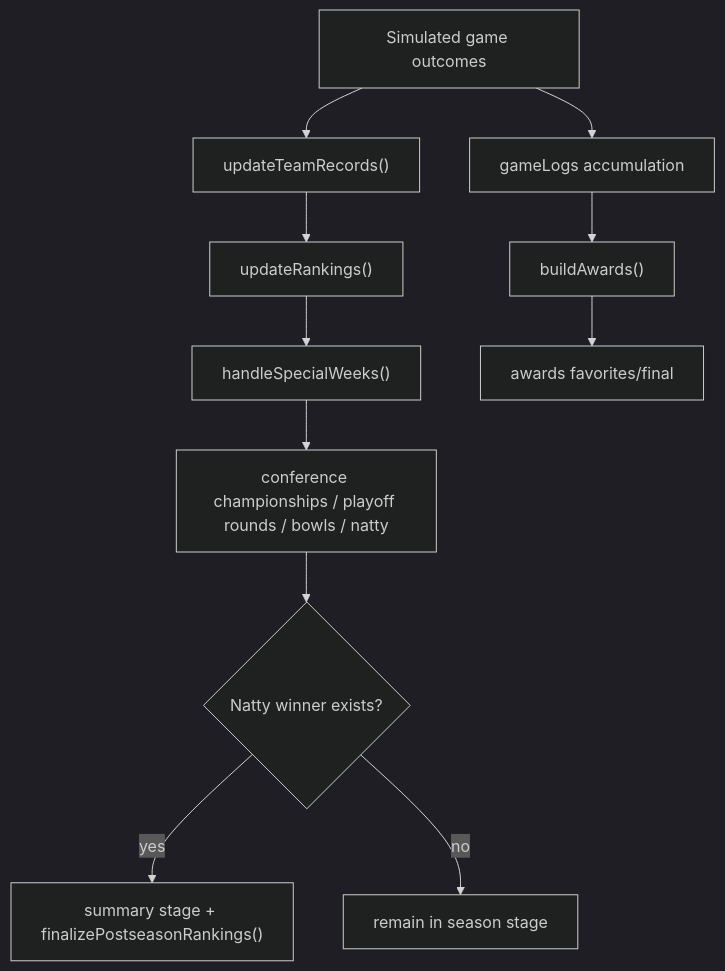
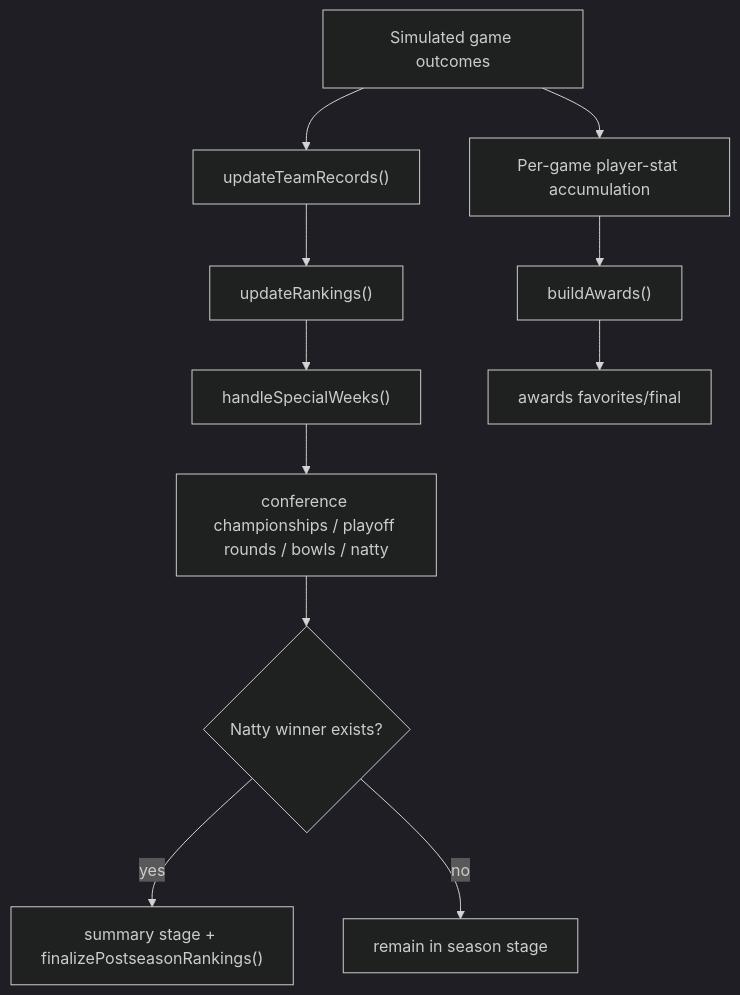
The diagram in docs/systems/rankings-playoff-and-awards.md (rdettling/cfbsim), drawn with Mermaid (dark theme) before and after one commit. The commit also changed other lines of this file and 92 other files, not shown here.

````diff
--- a/docs/systems/rankings-playoff-and-awards.md
+++ b/docs/systems/rankings-playoff-and-awards.md
@@ -39,13 +41,13 @@
 ```mermaid
 flowchart TD
   A["Simulated game outcomes"] --> B["updateTeamRecords()"]
   B --> C["updateRankings()"]
   C --> D["handleSpecialWeeks()"]
   D --> E["conference championships / playoff rounds / bowls / natty"]
   E --> F{"Natty winner exists?"}
   F -- yes --> G["summary stage + finalizePostseasonRankings()"]
   F -- no --> H["remain in season stage"]
-  A --> I["gameLogs accumulation"]
+  A --> I["Per-game player-stat accumulation"]
   I --> J["buildAwards()"]
   J --> K["awards favorites/final"]
 ```
````
